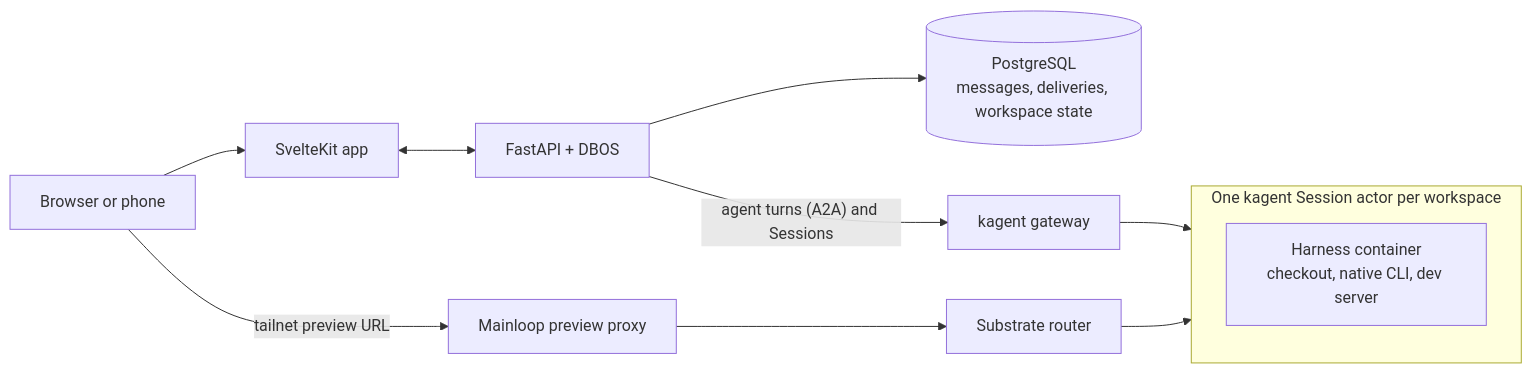
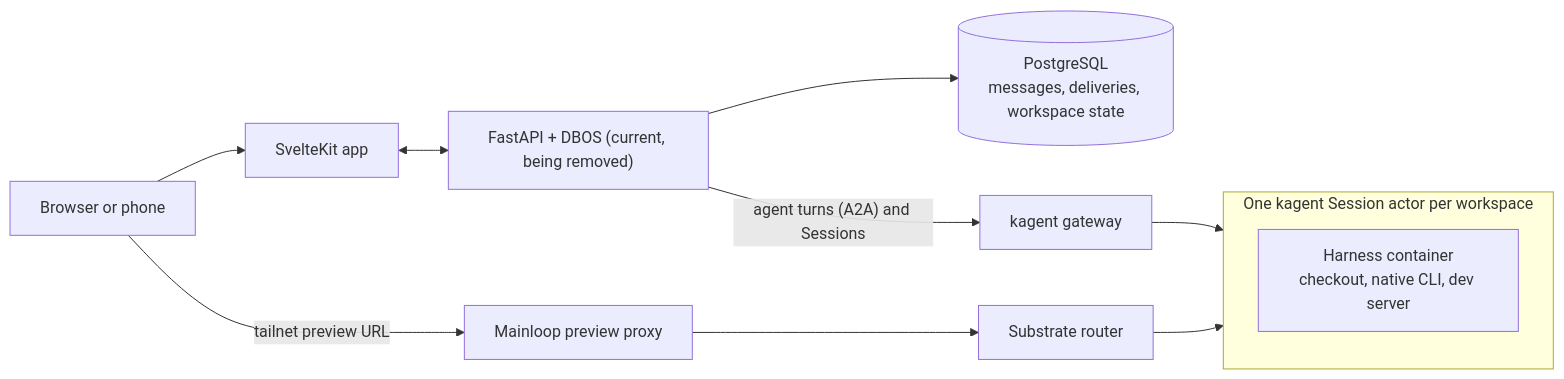
The first of 4 diagrams in docs/architecture.md (oldsj/mainloop), drawn with Mermaid before and after one commit. The commit also changed other lines of this file and 3 other files, not shown here.

````diff
--- a/docs/architecture.md
+++ b/docs/architecture.md
@@ -13,15 +13,15 @@
 ```mermaid
 flowchart LR
   person["Browser or phone"] --> app["SvelteKit app"]
-  app <--> api["FastAPI + DBOS"]
+  app <--> api["FastAPI + DBOS (current, being removed)"]
   api --> data[("PostgreSQL<br/>messages, deliveries, workspace state")]
   api -->|"agent turns (A2A) and Sessions"| kagent["kagent gateway"]
   person -->|tailnet preview URL| preview["Mainloop preview proxy"]
   preview --> router["Substrate router"]
 
   subgraph workspace["One kagent Session actor per workspace"]
     runtime["Harness container<br/>checkout, native CLI, dev server"]
   end
   kagent --> workspace
   router --> workspace
 ```
````
